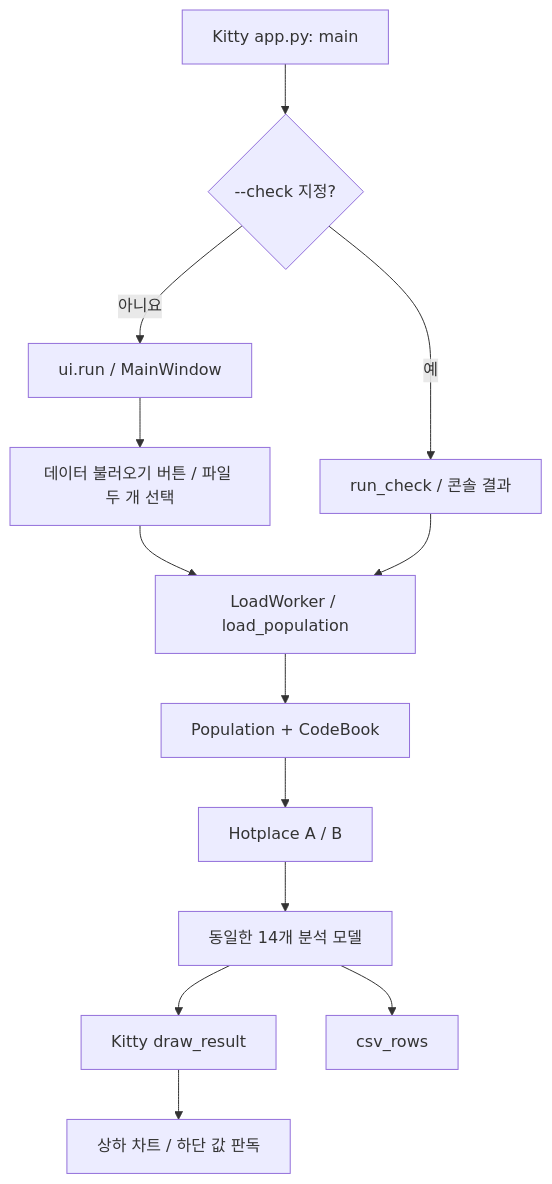
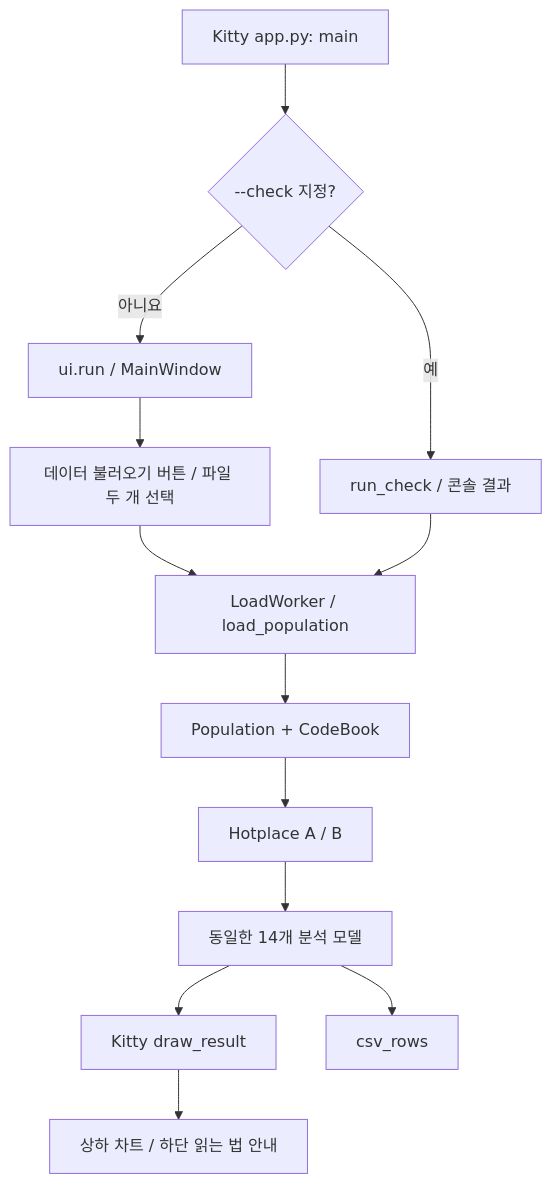
One commit to saintlee83/advanced-programming-2 changed the diagram in studies/study1/kitty-ver.md. Above: the diagram before and after it, drawn with Mermaid. The commit also changed other lines of this file and 17 other files, not shown here.

````diff
--- a/studies/study1/kitty-ver.md
+++ b/studies/study1/kitty-ver.md
@@ -36,15 +36,15 @@
 ```mermaid
 flowchart TD
     A[Kitty app.py: main] --> B{--check 지정?}
     B -->|예| C[run_check / 콘솔 결과]
     B -->|아니요| D[ui.run / MainWindow]
     D --> E[데이터 불러오기 버튼 / 파일 두 개 선택]
     E --> F[LoadWorker / load_population]
     C --> F
     F --> G[Population + CodeBook]
     G --> H[Hotplace A / B]
     H --> I[동일한 14개 분석 모델]
     I --> J[Kitty draw_result]
     I --> K[csv_rows]
-    J --> L[상하 차트 / 하단 값 판독]
+    J --> L[상하 차트 / 하단 읽는 법 안내]
 ```
````
